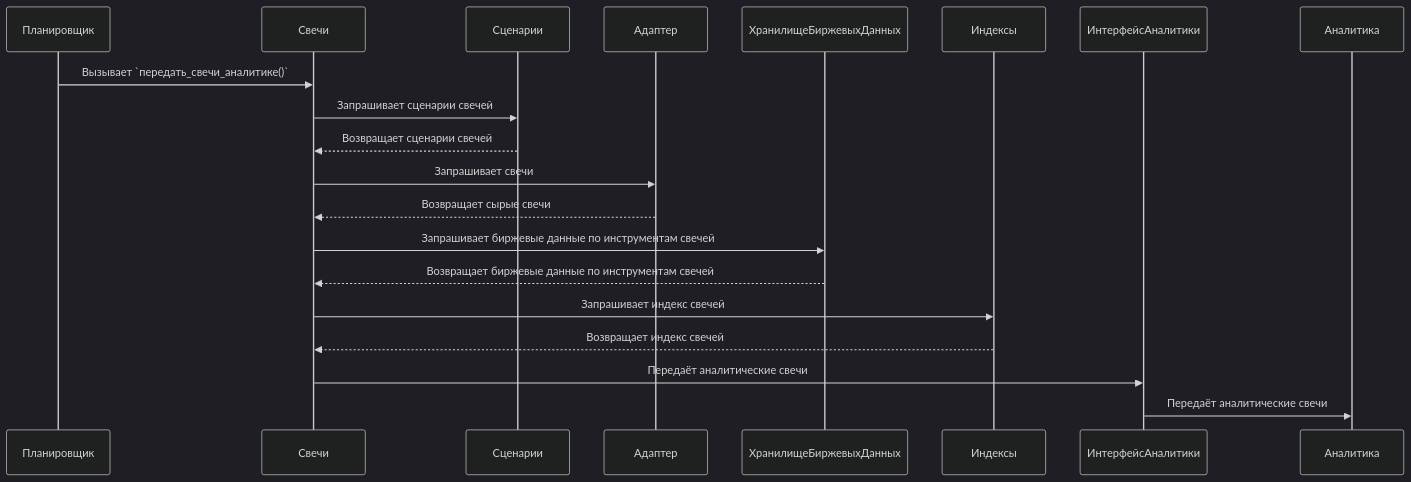
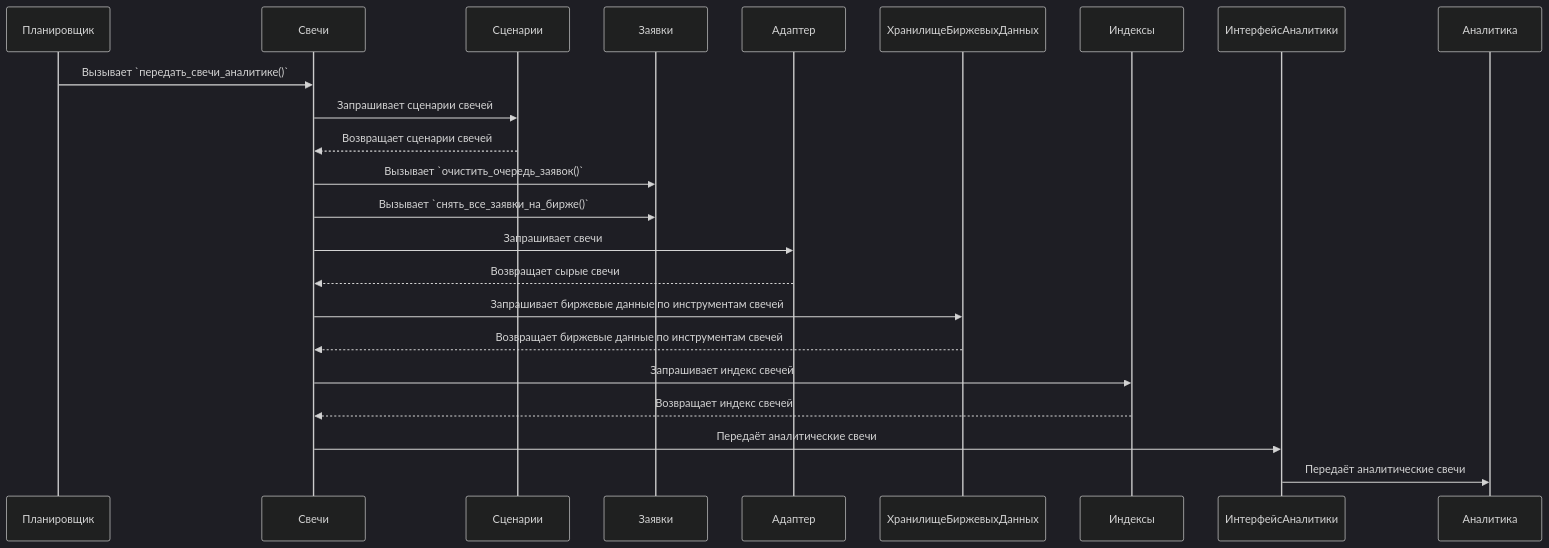
One commit to Marat22/MiriadRobotDocs changed diagram 13 of 22 in robot-logic.md. Above: the diagram before and after it, drawn with Mermaid (dark theme). The commit also changed other lines of this file, not shown here.

Commit message:
Добавил в схемы ситуацию, когда нужно отправить свечи, а заявки не успели отправиться/исполниться

````diff
--- a/robot-logic.md
+++ b/robot-logic.md
@@ -271,14 +276,16 @@
 ```mermaid
 sequenceDiagram
     Планировщик->>Свечи: Вызывает `передать_свечи_аналитике()`
     Свечи->>Сценарии: Запрашивает сценарии свечей
     Сценарии-->>Свечи: Возвращает сценарии свечей
+    Свечи->>Заявки: Вызывает `очистить_очередь_заявок()`
+    Свечи->>Заявки: Вызывает `снять_все_заявки_на_бирже()`
     Свечи->>Адаптер: Запрашивает свечи
     Адаптер-->>Свечи: Возвращает сырые свечи
     Свечи->>ХранилищеБиржевыхДанных: Запрашивает биржевые данные по инструментам свечей
     ХранилищеБиржевыхДанных-->>Свечи: Возвращает биржевые данные по инструментам свечей
     Свечи->>Индексы: Запрашивает индекс свечей
     Индексы-->>Свечи: Возвращает индекс свечей
     Свечи->>ИнтерфейсАналитики: Передаёт аналитические свечи
     ИнтерфейсАналитики->>Аналитика: Передаёт аналитические свечи
 ``` 
````
